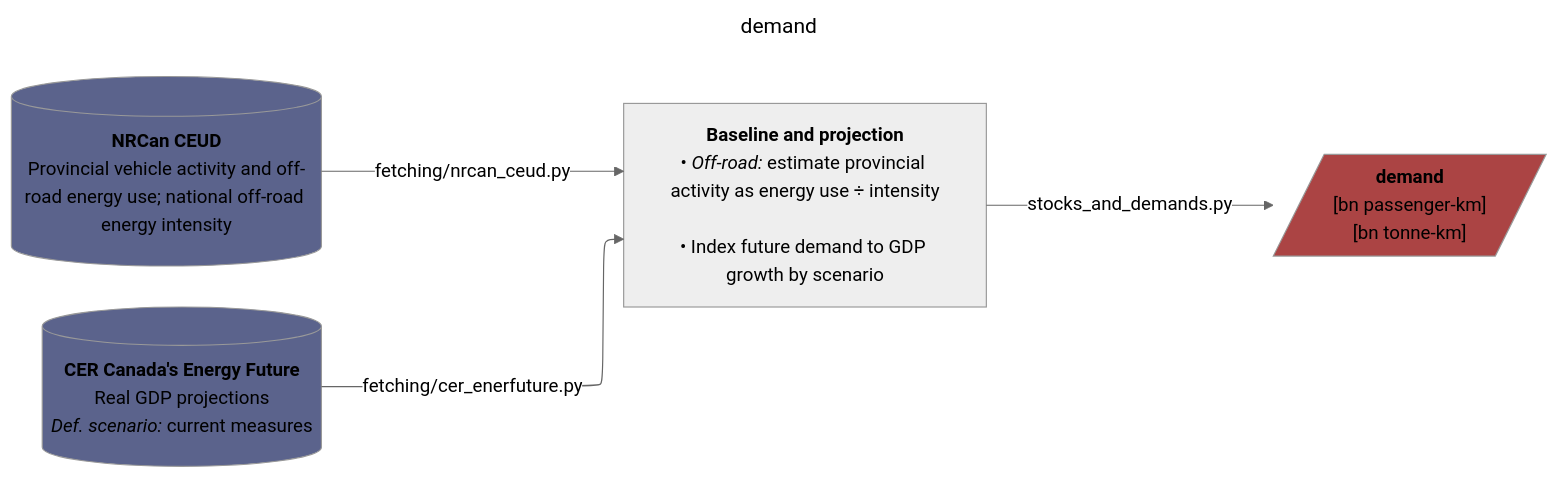
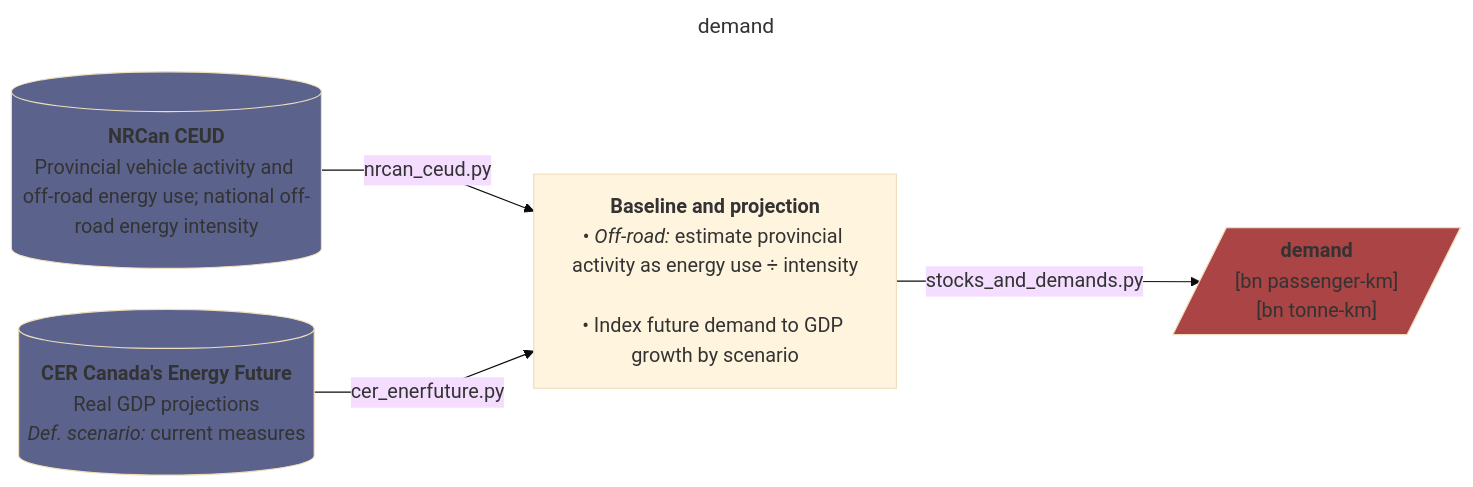
Before and after one commit to CANOE-main/canoe-transportation: the fourth of 9 diagrams in README.md, drawn with Mermaid. The commit also changed other lines of this file and 11 other files, not shown here.

Commit message:
# Updated README.md - adapted rendering of mermaid flowcharts to align with Github environment - implemented a workflow friction reduction pass

````diff
--- a/README.md
+++ b/README.md
@@ -148,39 +269,39 @@
 ```mermaid
 ---
 title: demand
 config:
-  layout: elk
-  theme: neutral
+  layout: dagre
+  theme: base
   themeVariables:
-    fontSize: 16px
+    fontSize: 17px
   flowchart:
     nodeSpacing: 35
     rankSpacing: 50
     wrappingWidth: 250
-    curve: basis
+    curve: linear
 ---
 flowchart LR
   %% --- Sources ---
   s0[("`**NRCan CEUD**<br>Provincial vehicle activity and off-road energy use; national off-road energy intensity`")]
   s1[("`**CER Canada's Energy Future**<br>Real GDP projections<br>*Def. scenario:* current measures`")]
 
   %% --- Processes ---
   p1["`**Baseline and projection**<br>• *Off-road:* estimate provincial activity as energy use ÷ intensity<br><br>• Index future demand to GDP growth by scenario`"]
 
-  s0 -- fetching/nrcan_ceud.py --> p1
-  s1 -- fetching/cer_enerfuture.py --> p1
+  s0 -- nrcan_ceud.py --> p1
+  s1 -- cer_enerfuture.py --> p1
 
   p1 -- stocks_and_demands.py --> o1[/"`**demand**<br>[bn passenger-km]<br>[bn tonne-km]`"/]
 
   %% --- Styling ---
   classDef database fill:#5b638c
   classDef doc fill:#608c5b
   classDef output fill:#ab4444
 
   class s0,s1 database;
   class o1 output;
 
   %% --- Hyperlinks ---
   click s0 "https://oee.nrcan.gc.ca/corporate/statistics/neud/dpa/menus/trends/comprehensive_tables/list.cfm"
   click s1 "https://open.canada.ca/data/en/dataset/07c42deb-9435-43b9-a416-7ce316f3893d"
 ```
````
